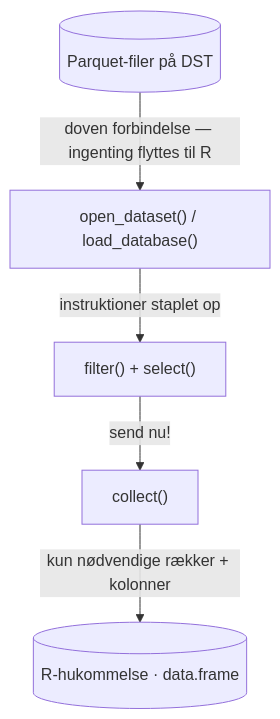
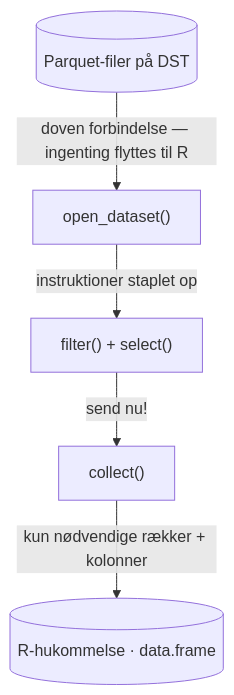
One commit to saras-clin/BSDemens changed the diagram in docs/da/05_universelle-moenster.qmd. Above: the diagram before and after it, drawn with Mermaid. The commit also changed 26 other files, not shown here.

````diff
--- a/docs/da/05_universelle-moenster.qmd
+++ b/docs/da/05_universelle-moenster.qmd
@@ -139,13 +139,13 @@
 ```{mermaid}
 flowchart TD
     P[("Parquet-filer på DST")]
-    L["open_dataset() / load_database()"]
+    L["open_dataset()"]
     F["filter() + select()"]
     C["collect()"]
     R[("R-hukommelse · data.frame")]
 
     P -->|"doven forbindelse — ingenting flyttes til R"| L
     L -->|"instruktioner staplet op"| F
     F -->|"send nu!"| C
     C -->|"kun nødvendige rækker + kolonner"| R
 ```
````
